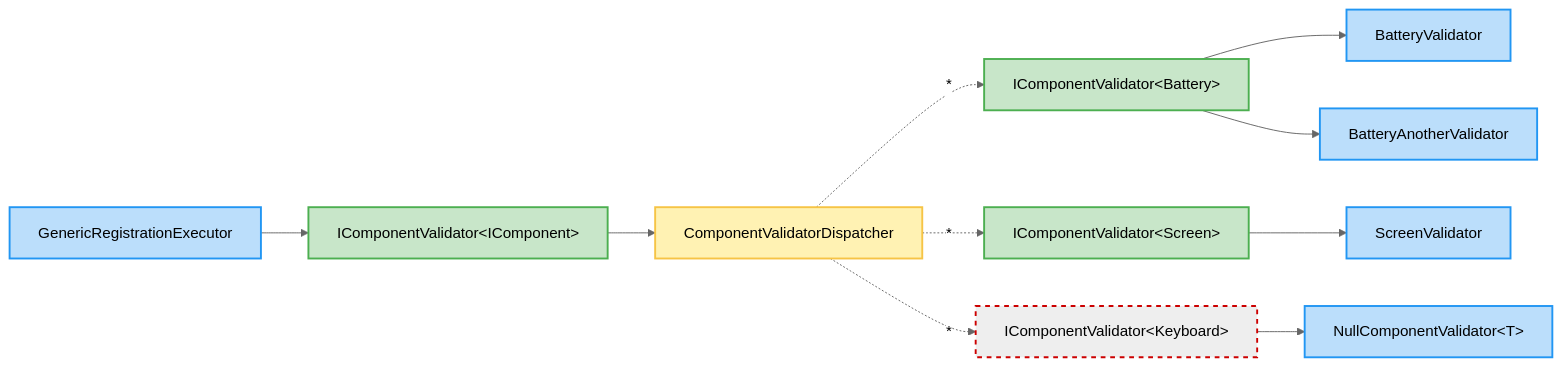
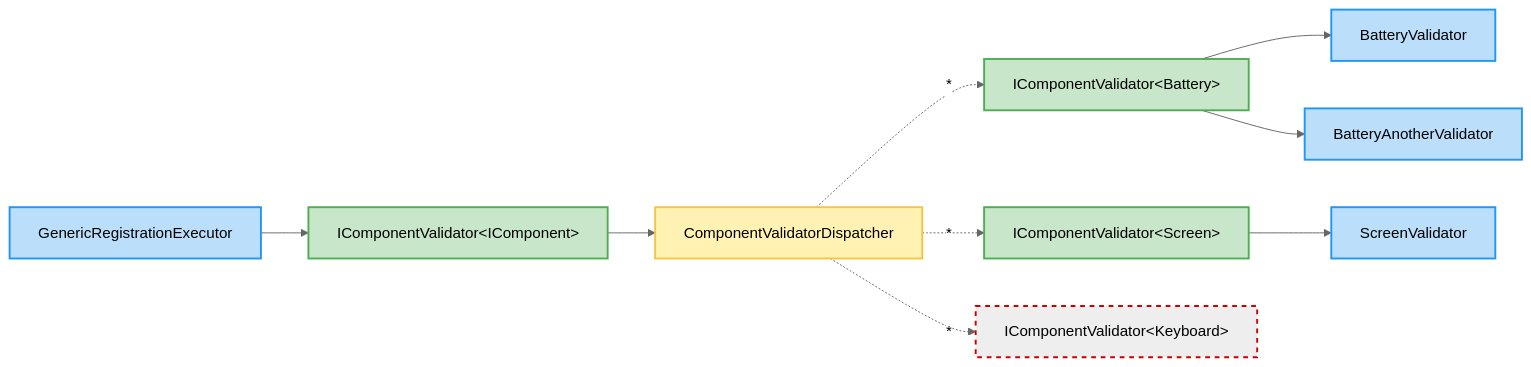
One commit to arika0093/Qudi changed the diagram in examples/Qudi.Example.Readme/exported/GenericRegistrationExecutor.md. Above: the diagram before and after it, drawn with Mermaid (neutral theme). The commit also changed 3 other files, not shown here.

````diff
--- a/examples/Qudi.Example.Readme/exported/GenericRegistrationExecutor.md
+++ b/examples/Qudi.Example.Readme/exported/GenericRegistrationExecutor.md
@@ -1,37 +1,34 @@
 ```mermaid
 flowchart LR
-    Qudi_Examples_GenericRegistration_NullComponentValidator_T_["NullComponentValidator#lt;T#gt;"]
     Qudi_Examples_GenericRegistration_BatteryValidator["BatteryValidator"]
     Qudi_Examples_GenericRegistration_IComponentValidator_Qudi_Examples_GenericRegistration_Battery_["IComponentValidator#lt;Battery#gt;"]
     Qudi_Examples_GenericRegistration_BatteryAnotherValidator["BatteryAnotherValidator"]
     Qudi_Examples_GenericRegistration_ScreenValidator["ScreenValidator"]
     Qudi_Examples_GenericRegistration_IComponentValidator_Qudi_Examples_GenericRegistration_Screen_["IComponentValidator#lt;Screen#gt;"]
     Qudi_Examples_GenericRegistration_GenericRegistrationExecutor["GenericRegistrationExecutor"]
     Qudi_Examples_GenericRegistration_IComponentValidator_Qudi_Examples_GenericRegistration_IComponent_["IComponentValidator#lt;IComponent#gt;"]
     Qudi_Examples_GenericRegistration_ComponentValidatorDispatcher["ComponentValidatorDispatcher"]
     Qudi_Examples_GenericRegistration_IComponentValidator_Qudi_Examples_GenericRegistration_Keyboard_["IComponentValidator#lt;Keyboard#gt;"]
     Qudi_Examples_GenericRegistration_IComponentValidator_Qudi_Examples_GenericRegistration_Battery_ --> Qudi_Examples_GenericRegistration_BatteryValidator
     Qudi_Examples_GenericRegistration_IComponentValidator_Qudi_Examples_GenericRegistration_Battery_ --> Qudi_Examples_GenericRegistration_BatteryAnotherValidator
     Qudi_Examples_GenericRegistration_IComponentValidator_Qudi_Examples_GenericRegistration_Screen_ --> Qudi_Examples_GenericRegistration_ScreenValidator
     Qudi_Examples_GenericRegistration_GenericRegistrationExecutor --> Qudi_Examples_GenericRegistration_IComponentValidator_Qudi_Examples_GenericRegistration_IComponent_
     Qudi_Examples_GenericRegistration_IComponentValidator_Qudi_Examples_GenericRegistration_IComponent_ --> Qudi_Examples_GenericRegistration_ComponentValidatorDispatcher
     Qudi_Examples_GenericRegistration_ComponentValidatorDispatcher -.->|"*"| Qudi_Examples_GenericRegistration_IComponentValidator_Qudi_Examples_GenericRegistration_Battery_
     Qudi_Examples_GenericRegistration_ComponentValidatorDispatcher -.->|"*"| Qudi_Examples_GenericRegistration_IComponentValidator_Qudi_Examples_GenericRegistration_Screen_
     Qudi_Examples_GenericRegistration_ComponentValidatorDispatcher -.->|"*"| Qudi_Examples_GenericRegistration_IComponentValidator_Qudi_Examples_GenericRegistration_Keyboard_
-    Qudi_Examples_GenericRegistration_IComponentValidator_Qudi_Examples_GenericRegistration_Keyboard_ --> Qudi_Examples_GenericRegistration_NullComponentValidator_T_
     classDef missing stroke:#c00,stroke-width:2px,stroke-dasharray:5 5;
     class Qudi_Examples_GenericRegistration_IComponentValidator_Qudi_Examples_GenericRegistration_Keyboard_ missing;
     classDef interface fill:#c8e6c9,stroke:#4caf50,stroke-width:2px,color:#000;
     class Qudi_Examples_GenericRegistration_IComponentValidator_Qudi_Examples_GenericRegistration_Battery_ interface;
     class Qudi_Examples_GenericRegistration_IComponentValidator_Qudi_Examples_GenericRegistration_Screen_ interface;
     class Qudi_Examples_GenericRegistration_IComponentValidator_Qudi_Examples_GenericRegistration_IComponent_ interface;
     classDef cls fill:#bbdefb,stroke:#2196f3,stroke-width:2px,color:#000;
-    class Qudi_Examples_GenericRegistration_NullComponentValidator_T_ cls;
     class Qudi_Examples_GenericRegistration_BatteryValidator cls;
     class Qudi_Examples_GenericRegistration_BatteryAnotherValidator cls;
     class Qudi_Examples_GenericRegistration_ScreenValidator cls;
     class Qudi_Examples_GenericRegistration_GenericRegistrationExecutor cls;
     classDef dispatcher fill:#fff2b3,stroke:#f6c445,stroke-width:2px,color:#000;
     class Qudi_Examples_GenericRegistration_ComponentValidatorDispatcher dispatcher;
 
 ```
````
